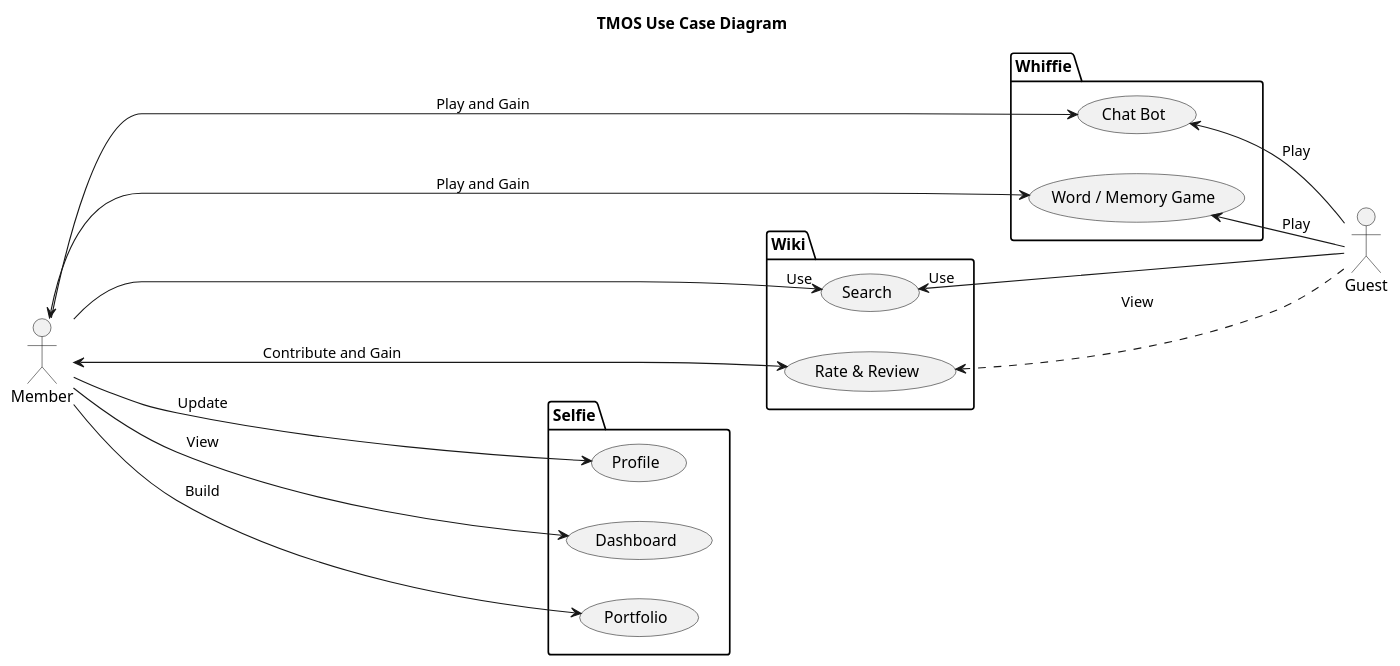
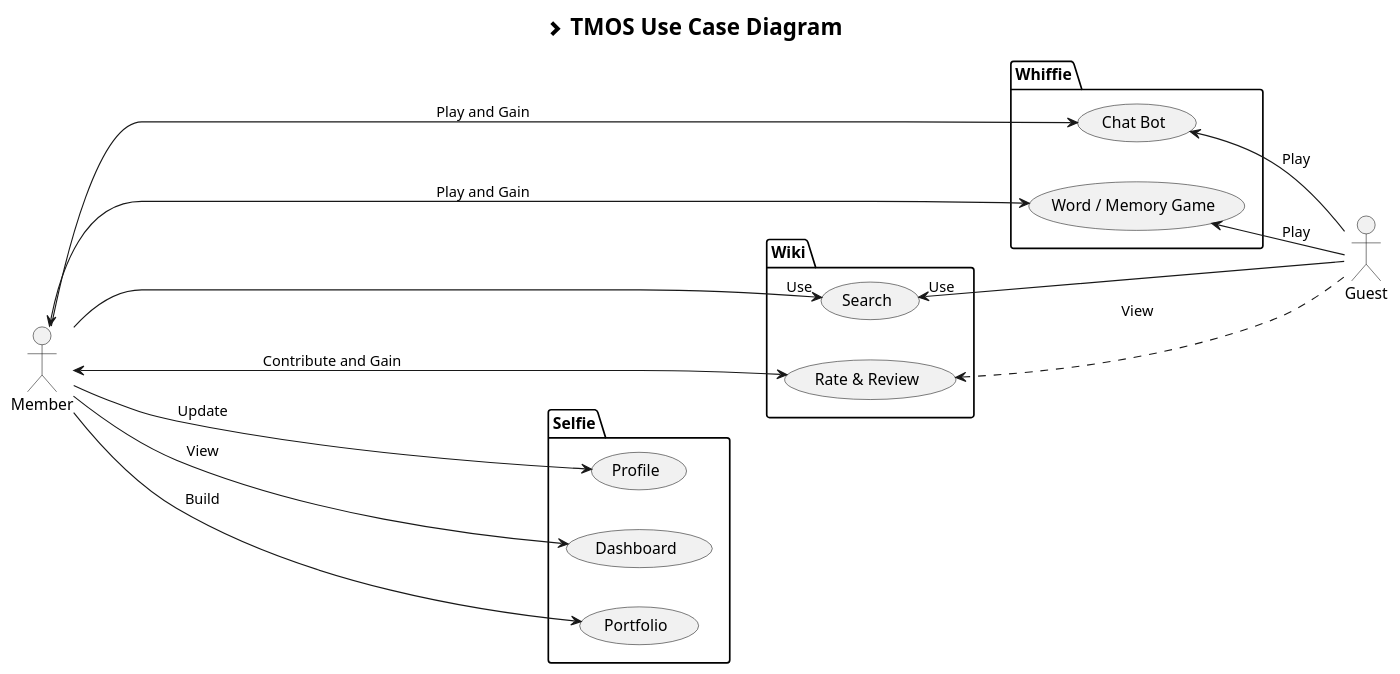
The diagram in docs/architecture/tmos_use_case.puml (pmwong008/PlantUML_boot), drawn with PlantUML before and after one commit. The commit also changed 11 other files, not shown here.

```diff
--- a/docs/architecture/tmos_use_case.puml
+++ b/docs/architecture/tmos_use_case.puml
@@ -1,43 +1,43 @@
 @startuml
 
-title TMOS Use Case Diagram
+title <size:20> <&chevron-right> TMOS Use Case Diagram
 
 left to right direction
 actor Guest as g
 actor Member as m
 
 
 package Whiffie {
   usecase "Chat Bot" as UC1
   usecase "Word / Memory Game" as UC2
 
 }
 
 package Wiki {
   usecase "Search" as UC3
   usecase "Rate & Review" as UC4
 }
 
 package Selfie {
   usecase "Profile" as UC5
   usecase "Dashboard" as UC6
   usecase "Portfolio" as UC7
 }
 
 UC1 <-- g : Play
 UC2 <-- g : Play
 UC3 "Use" <-- g
 UC4 <-.- g : "View"
 'UC7 <-- UC4
 
 
 m --> UC1 : Play and Gain
 m <--> UC2 : Play and Gain
 m ----> "Use" UC3
 m <-----> UC4 : Contribute and Gain
 m ----> UC5 : "Update"
 m ----> UC6 : "View"
 m ----> UC7 :  "Build"
 
 
 @enduml
```
